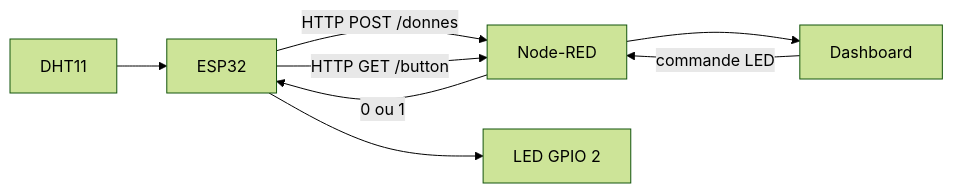
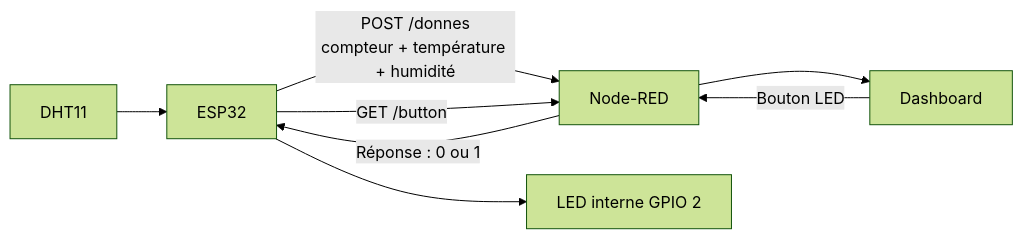
The first of 2 diagrams in README.md (Darkzveller/TP_1_IOT_S7_polytech_sorbonne), drawn with Mermaid (forest theme) before and after one commit. The commit also changed other lines of this file and 4 other files, not shown here.

````diff
--- a/README.md
+++ b/README.md
@@ -270,10 +339,10 @@
 ```mermaid
 flowchart LR
     DHT[DHT11] --> ESP[ESP32]
-    ESP -- HTTP POST /donnes --> NR[Node-RED]
+    ESP -- "POST /donnes<br/>compteur + température + humidité" --> NR[Node-RED]
     NR --> DASH[Dashboard]
-    DASH -- commande LED --> NR
-    ESP -- HTTP GET /button --> NR
-    NR -- 0 ou 1 --> ESP
-    ESP --> LED[LED GPIO 2]
+    DASH -- "Bouton LED" --> NR
+    ESP -- "GET /button" --> NR
+    NR -- "Réponse : 0 ou 1" --> ESP
+    ESP --> LED[LED interne GPIO 2]
 ```
````
